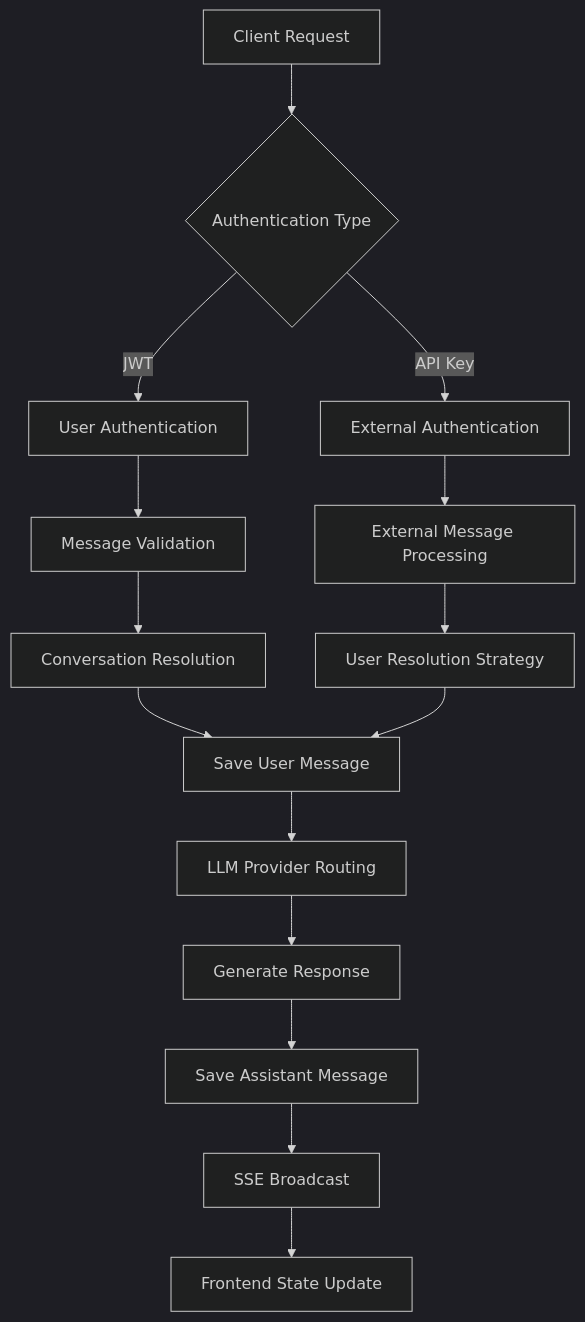
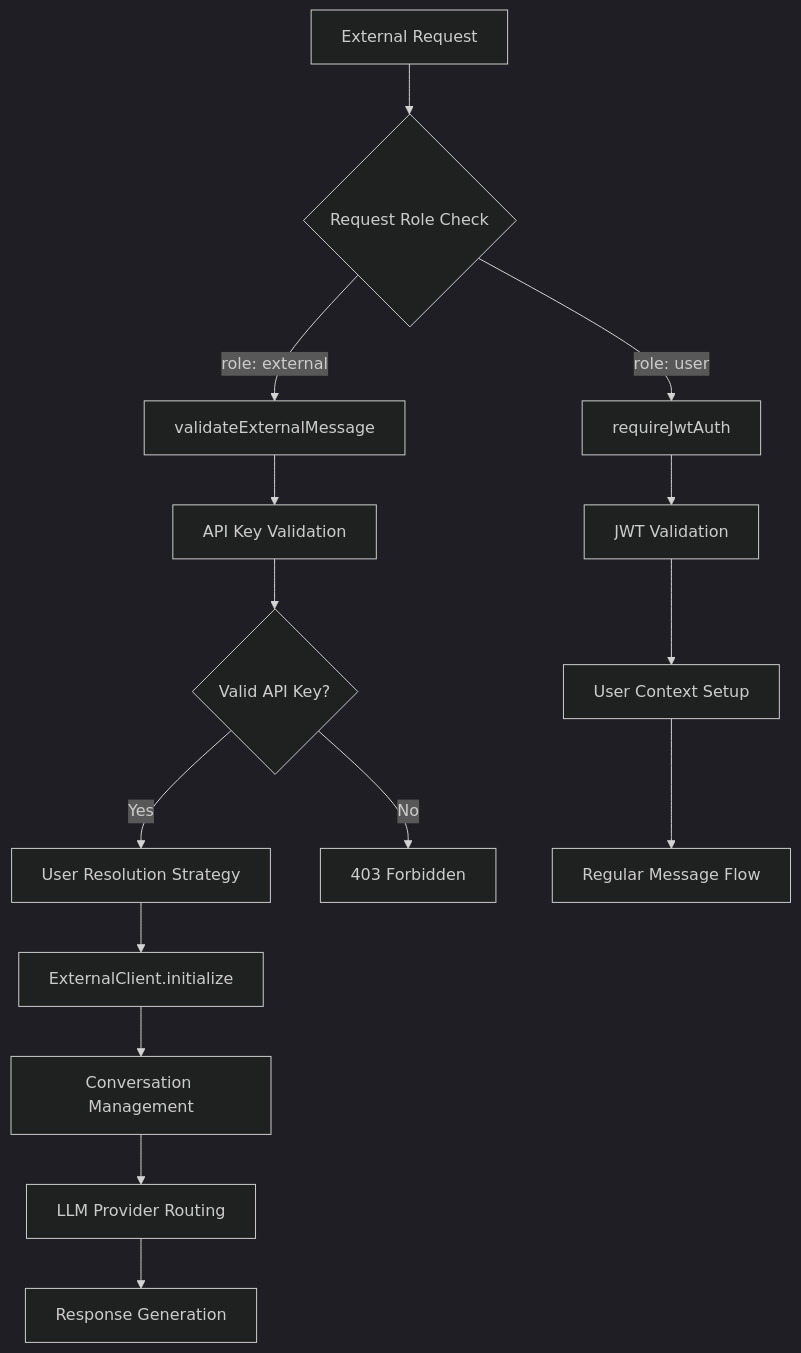
Before and after one commit to Drakosfire/External-Endpoint: the first of 3 diagrams in LIBRECHAT_SYSTEM_SUMMARY.md, drawn with Mermaid (dark theme). The commit also changed other lines of this file and 12 other files, not shown here.

````diff
--- a/LIBRECHAT_SYSTEM_SUMMARY.md
+++ b/LIBRECHAT_SYSTEM_SUMMARY.md
@@ -41,21 +48,20 @@
 ```mermaid
 graph TD
-    A[Client Request] --> B{Authentication Type}
-    B -->|JWT| C[User Authentication]
-    B -->|API Key| D[External Authentication]
+    A[External Request] --> B{Request Role Check}
+    B -->|role: external| C[validateExternalMessage]
+    B -->|role: user| D[requireJwtAuth]
     
-    C --> E[Message Validation]
-    D --> F[External Message Processing]
+    C --> E[API Key Validation]
+    E --> F{Valid API Key?}
+    F -->|Yes| G[User Resolution Strategy]
+    F -->|No| H[403 Forbidden]
     
-    E --> G[Conversation Resolution]
-    F --> H[User Resolution Strategy]
+    G --> I[ExternalClient.initialize]
+    I --> J[Conversation Management]
+    J --> K[LLM Provider Routing]
+    K --> L[Response Generation]
     
-    G --> I[Save User Message]
-    H --> I
-    
-    I --> J[LLM Provider Routing]
-    J --> K[Generate Response]
-    K --> L[Save Assistant Message]
-    L --> M[SSE Broadcast]
-    M --> N[Frontend State Update]
+    D --> M[JWT Validation]
+    M --> N[User Context Setup]
+    N --> O[Regular Message Flow]
 ```
````
